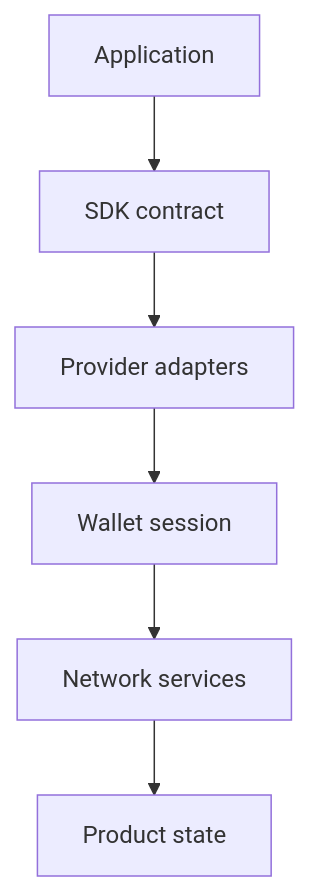
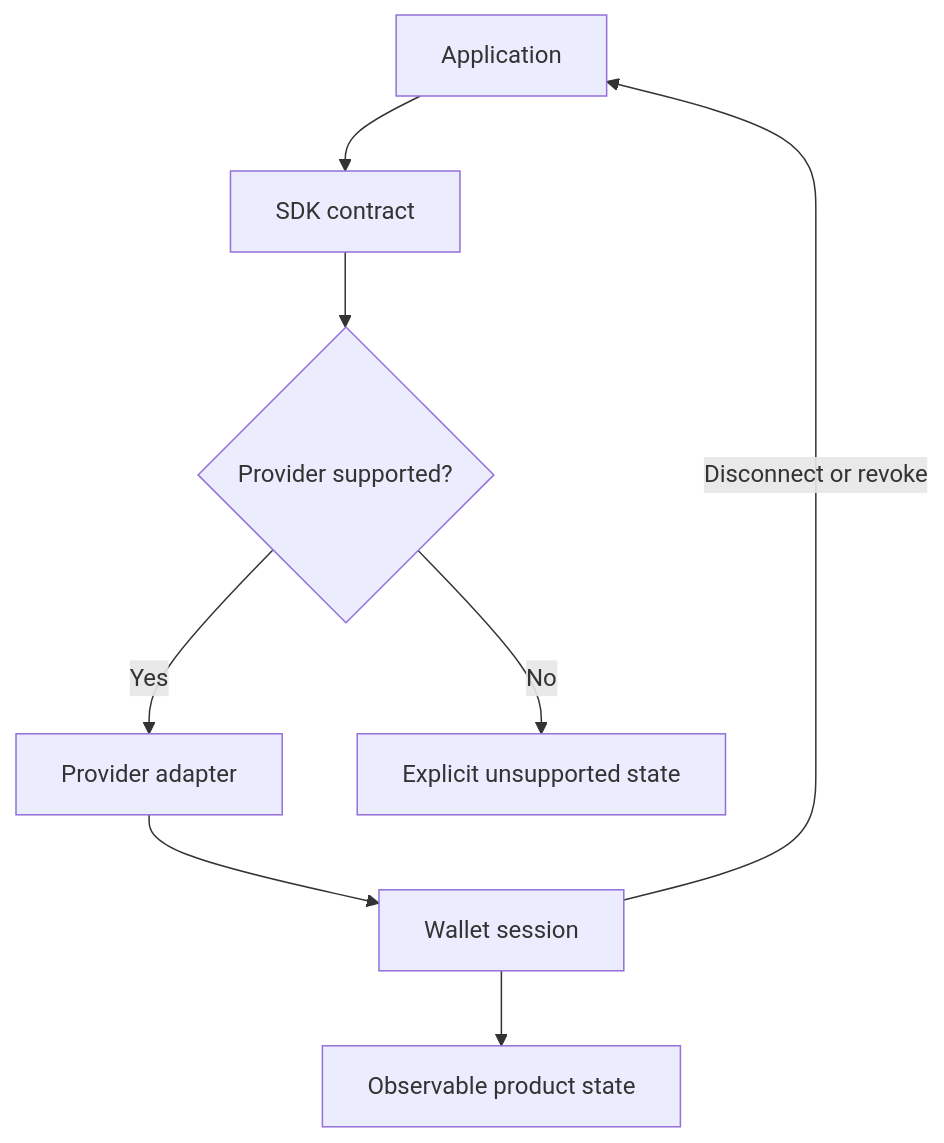
The diagram in README.md (J0UH/wallet-integration-sdk), drawn with Mermaid before and after one commit. The commit also changed other lines of this file and 2 other files, not shown here.

Commit message:
docs: refine project portfolio

````diff
--- a/README.md
+++ b/README.md
@@ -25,14 +30,12 @@
 ```mermaid
 flowchart TD
-    n0["Application"]
-    n1["SDK contract"]
-    n2["Provider adapters"]
-    n3["Wallet session"]
-    n4["Network services"]
-    n5["Product state"]
-    n0 --> n1
-    n1 --> n2
-    n2 --> n3
-    n3 --> n4
-    n4 --> n5
+accTitle: Wallet and integration SDK
+accDescr: The application depends on one SDK contract. Supported providers pass through adapters into an observable session, while unsupported or revoked states return explicitly to the application.
+    app["Application"] --> sdk["SDK contract"]
+    sdk --> support{"Provider supported?"}
+    support -->|Yes| adapter["Provider adapter"]
+    support -->|No| reject["Explicit unsupported state"]
+    adapter --> session["Wallet session"]
+    session --> product["Observable product state"]
+    session -->|Disconnect or revoke| app
 ```
````
